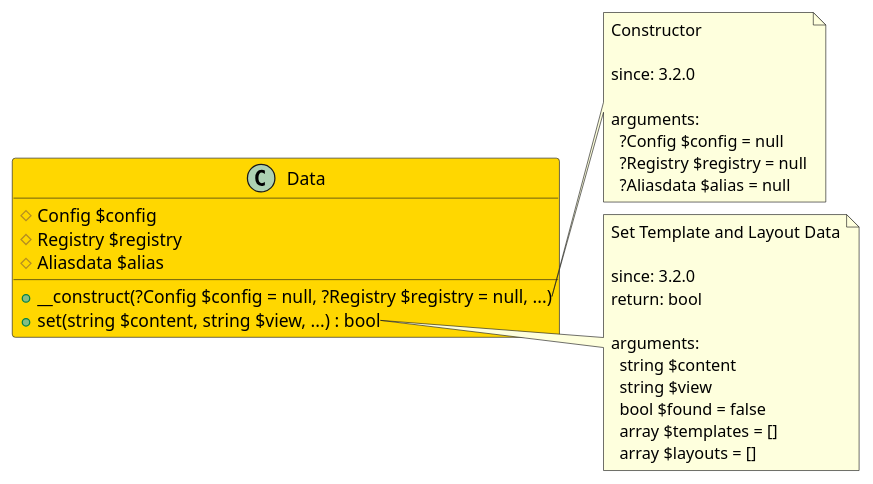
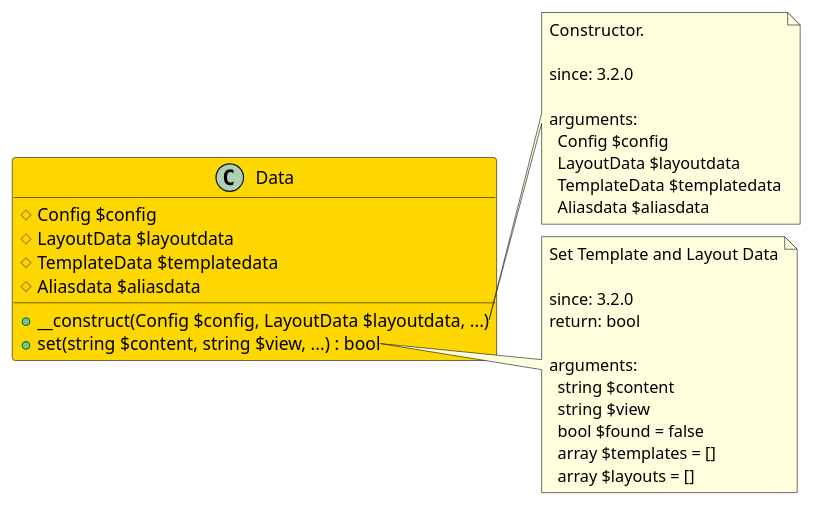
The diagram in src/39ea8150-f124-4e47-909d-641bf1c96d5e/README.md (joomengine/jcb-compiler), drawn with PlantUML before and after one commit. The commit also changed 725 other files, not shown here.

````diff
--- a/src/39ea8150-f124-4e47-909d-641bf1c96d5e/README.md
+++ b/src/39ea8150-f124-4e47-909d-641bf1c96d5e/README.md
@@ -11,37 +11,39 @@
 ```uml
 @startuml
 class Data  #Gold {
   # Config $config
-  # Registry $registry
-  # Aliasdata $alias
-  + __construct(?Config $config = null, ?Registry $registry = null, ...)
+  # LayoutData $layoutdata
+  # TemplateData $templatedata
+  # Aliasdata $aliasdata
+  + __construct(Config $config, LayoutData $layoutdata, ...)
   + set(string $content, string $view, ...) : bool
 }
 
 note right of Data::__construct
-  Constructor
+  Constructor.
 
   since: 3.2.0
   
   arguments:
-    ?Config $config = null
-    ?Registry $registry = null
-    ?Aliasdata $alias = null
+    Config $config
+    LayoutData $layoutdata
+    TemplateData $templatedata
+    Aliasdata $aliasdata
 end note
 
 note right of Data::set
   Set Template and Layout Data
 
   since: 3.2.0
   return: bool
   
   arguments:
     string $content
     string $view
     bool $found = false
     array $templates = []
     array $layouts = []
 end note
  
 @enduml
 ```
````
